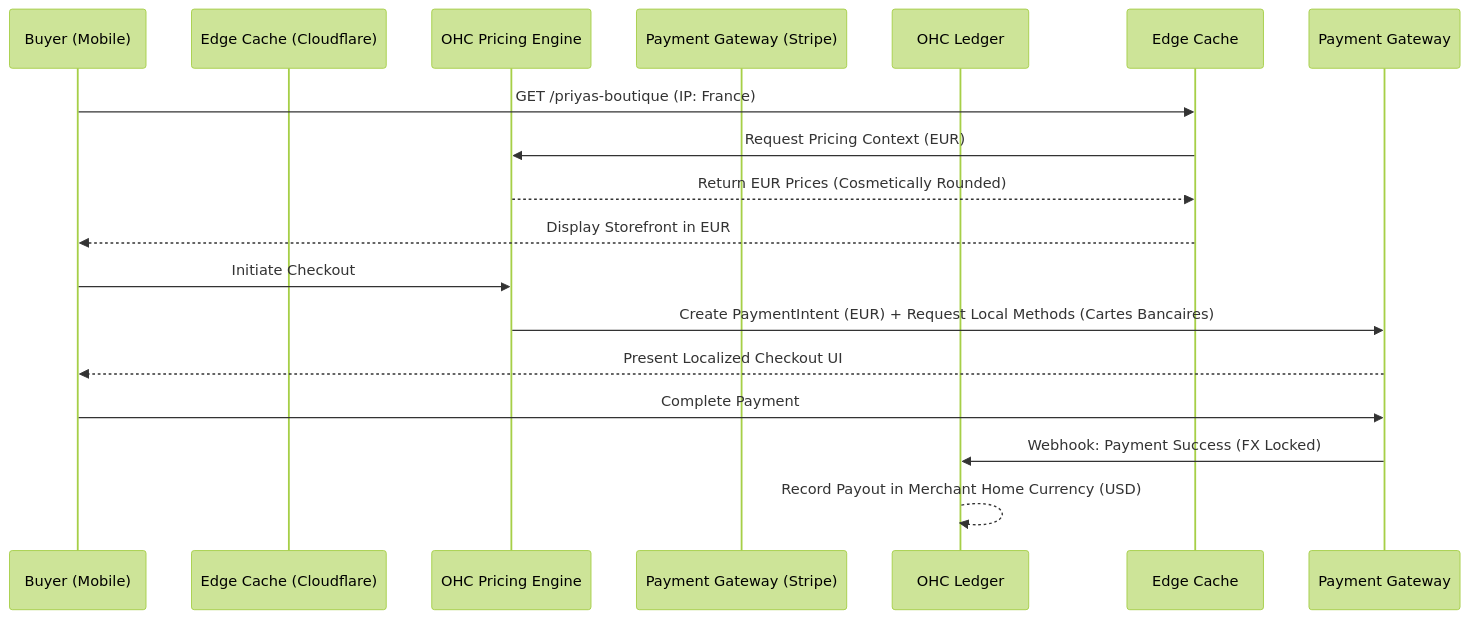
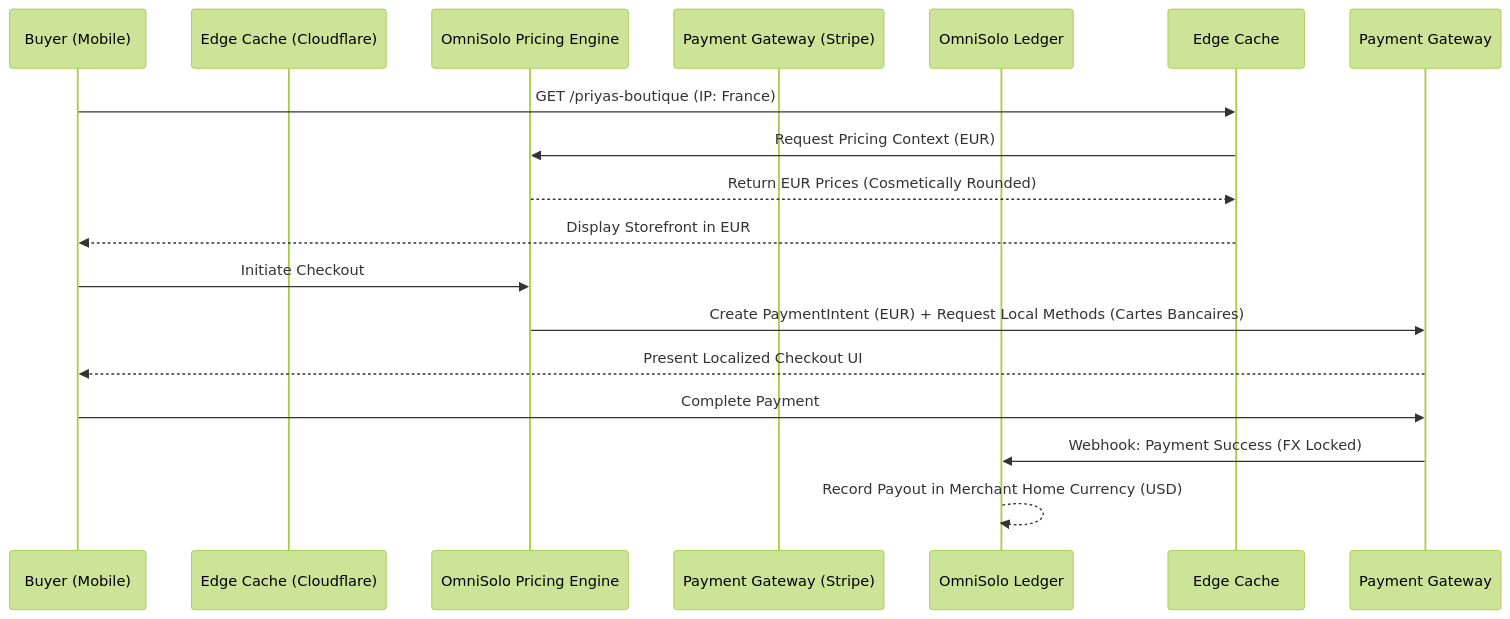
Before and after one commit to omnisolo-llc/onehumancorp: the second of 2 diagrams in docs/research/[architecture]_autonomous_global_multi_currency_engine.md, drawn with Mermaid (forest theme). The commit also changed other lines of this file and 2191 other files, not shown here.

Commit message:
feat: complete OmniSolo rename and browser audit

````diff
--- a/docs/research/[architecture]_autonomous_global_multi_currency_engine.md
+++ b/docs/research/[architecture]_autonomous_global_multi_currency_engine.md
@@ -65,19 +65,19 @@
 ```mermaid
 sequenceDiagram
     participant Buyer (Mobile)
     participant Edge Cache (Cloudflare)
-    participant OHC Pricing Engine
+    participant OmniSolo Pricing Engine
     participant Payment Gateway (Stripe)
-    participant OHC Ledger
+    participant OmniSolo Ledger
 
     Buyer (Mobile)->>Edge Cache: GET /priyas-boutique (IP: France)
-    Edge Cache->>OHC Pricing Engine: Request Pricing Context (EUR)
-    OHC Pricing Engine-->>Edge Cache: Return EUR Prices (Cosmetically Rounded)
+    Edge Cache->>OmniSolo Pricing Engine: Request Pricing Context (EUR)
+    OmniSolo Pricing Engine-->>Edge Cache: Return EUR Prices (Cosmetically Rounded)
     Edge Cache-->>Buyer (Mobile): Display Storefront in EUR
-    Buyer (Mobile)->>OHC Pricing Engine: Initiate Checkout
-    OHC Pricing Engine->>Payment Gateway: Create PaymentIntent (EUR) + Request Local Methods (Cartes Bancaires)
+    Buyer (Mobile)->>OmniSolo Pricing Engine: Initiate Checkout
+    OmniSolo Pricing Engine->>Payment Gateway: Create PaymentIntent (EUR) + Request Local Methods (Cartes Bancaires)
     Payment Gateway-->>Buyer (Mobile): Present Localized Checkout UI
     Buyer (Mobile)->>Payment Gateway: Complete Payment
-    Payment Gateway->>OHC Ledger: Webhook: Payment Success (FX Locked)
-    OHC Ledger-->>OHC Ledger: Record Payout in Merchant Home Currency (USD)
+    Payment Gateway->>OmniSolo Ledger: Webhook: Payment Success (FX Locked)
+    OmniSolo Ledger-->>OmniSolo Ledger: Record Payout in Merchant Home Currency (USD)
 ```
````
